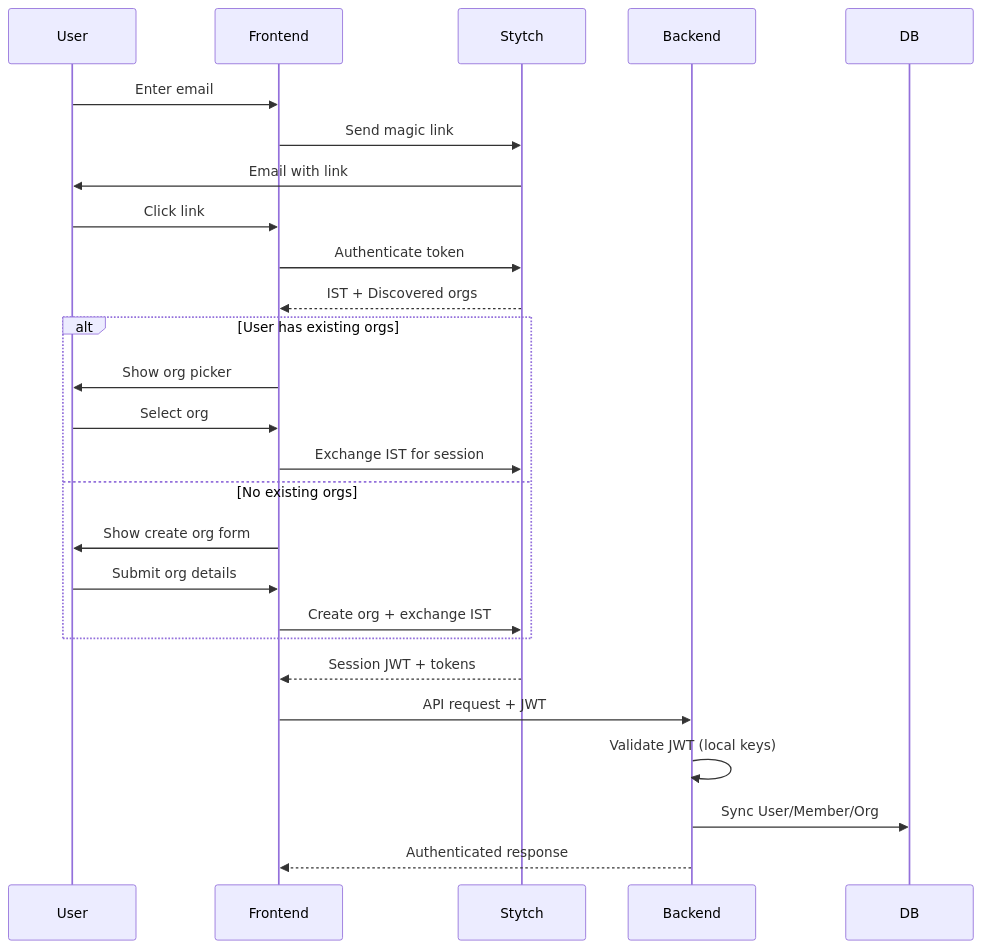
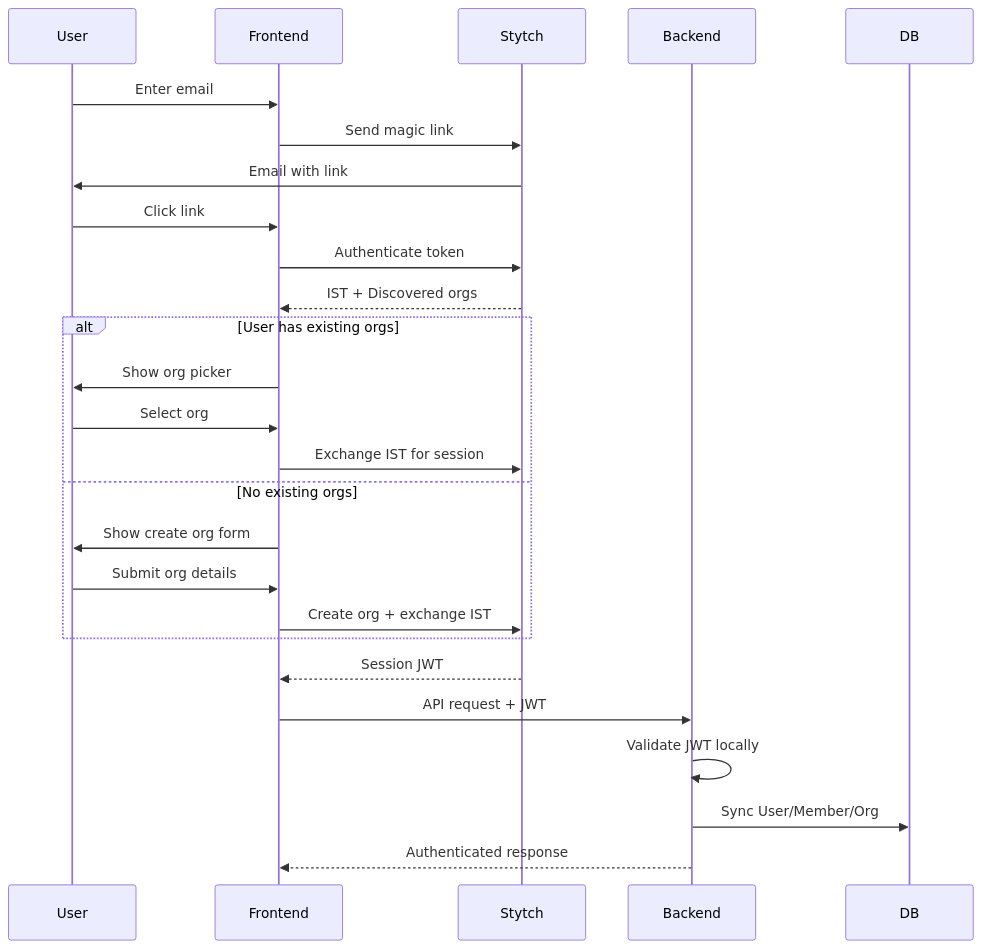
The first of 2 diagrams in docs/features/authentication.md (pikaia-dev/pikaia), drawn with Mermaid before and after one commit. The commit also changed other lines of this file and 5 other files, not shown here.

````diff
--- a/docs/features/authentication.md
+++ b/docs/features/authentication.md
@@ -15,31 +13,31 @@
 ```mermaid
 sequenceDiagram
     participant User
     participant Frontend
     participant Stytch
     participant Backend
     participant DB
 
     User->>Frontend: Enter email
     Frontend->>Stytch: Send magic link
     Stytch->>User: Email with link
     User->>Frontend: Click link
     Frontend->>Stytch: Authenticate token
     Stytch-->>Frontend: IST + Discovered orgs
 
     alt User has existing orgs
         Frontend->>User: Show org picker
         User->>Frontend: Select org
         Frontend->>Stytch: Exchange IST for session
     else No existing orgs
         Frontend->>User: Show create org form
         User->>Frontend: Submit org details
         Frontend->>Stytch: Create org + exchange IST
     end
 
-    Stytch-->>Frontend: Session JWT + tokens
+    Stytch-->>Frontend: Session JWT
     Frontend->>Backend: API request + JWT
-    Backend->>Backend: Validate JWT (local keys)
+    Backend->>Backend: Validate JWT locally
     Backend->>DB: Sync User/Member/Org
     Backend-->>Frontend: Authenticated response
 ```
````
